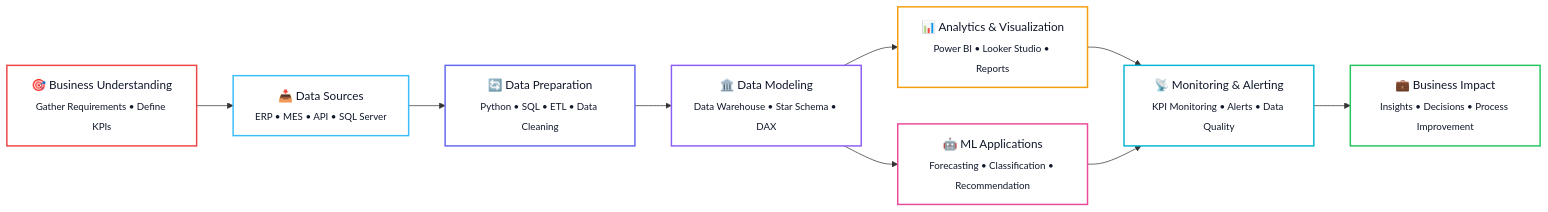
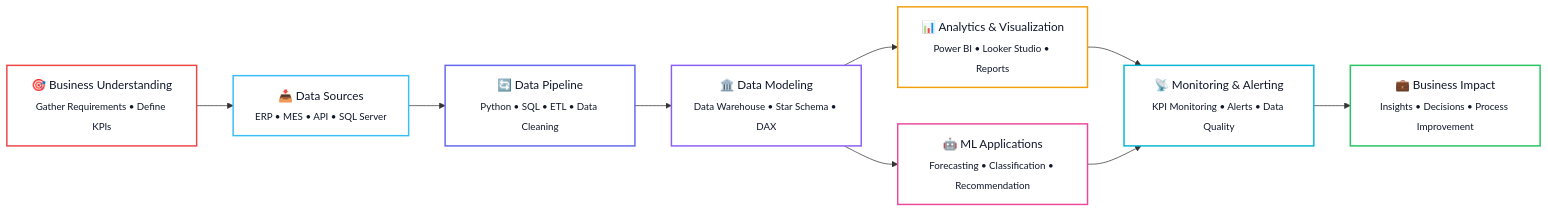
The diagram in README.md (thanhvinh04/thanhvinh04), drawn with Mermaid before and after one commit.

````diff
--- a/README.md
+++ b/README.md
@@ -51,37 +51,37 @@
 ```mermaid
 flowchart LR
 
     REQ["🎯 Business Understanding<br/><sub>Gather Requirements • Define KPIs</sub>"]
 
     SRC["📥 Data Sources<br/><sub>ERP • MES • API • SQL Server</sub>"]
 
-    PREP["🔄 Data Preparation<br/><sub>Python • SQL • ETL • Data Cleaning</sub>"]
+    PREP["🔄 Data Pipeline<br/><sub>Python • SQL • ETL • Data Cleaning</sub>"]
 
     MODEL["🏛️ Data Modeling<br/><sub>Data Warehouse • Star Schema • DAX</sub>"]
 
     BI["📊 Analytics & Visualization<br/><sub>Power BI • Looker Studio • Reports</sub>"]
 
     ML["🤖 ML Applications<br/><sub>Forecasting • Classification • Recommendation</sub>"]
 
     OPS["📡 Monitoring & Alerting<br/><sub>KPI Monitoring • Alerts • Data Quality</sub>"]
 
     IMP["💼 Business Impact<br/><sub>Insights • Decisions • Process Improvement</sub>"]
 
     REQ --> SRC
     SRC --> PREP
     PREP --> MODEL
     MODEL --> BI
     MODEL --> ML
     BI --> OPS
     ML --> OPS
     OPS --> IMP
 
     style REQ fill:#ffffff,stroke:#ef4444,stroke-width:2px,color:#0f172a
     style SRC fill:#ffffff,stroke:#38bdf8,stroke-width:2px,color:#0f172a
     style PREP fill:#ffffff,stroke:#6366f1,stroke-width:2px,color:#0f172a
     style MODEL fill:#ffffff,stroke:#8b5cf6,stroke-width:2px,color:#0f172a
     style BI fill:#ffffff,stroke:#f59e0b,stroke-width:2px,color:#0f172a
     style ML fill:#ffffff,stroke:#ec4899,stroke-width:2px,color:#0f172a
     style OPS fill:#ffffff,stroke:#06b6d4,stroke-width:2px,color:#0f172a
     style IMP fill:#ffffff,stroke:#22c55e,stroke-width:2px,color:#0f172a
 ```
````
